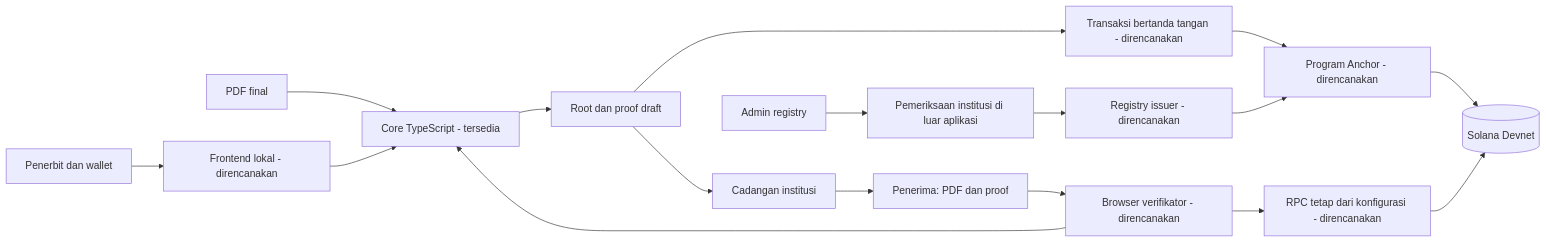
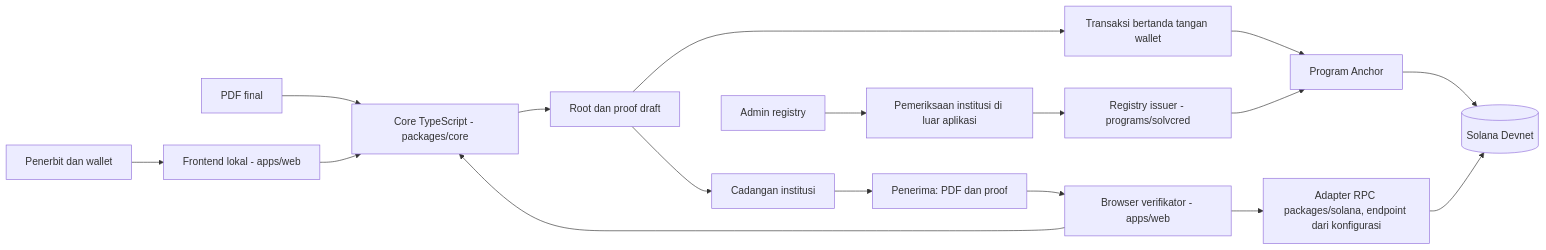
The first of 5 diagrams in docs/architecture.md (BangkitTheGreat/solvcred), drawn with Mermaid before and after one commit. The commit also changed other lines of this file and 66 other files, not shown here.

First line of the commit message:
Add Rust proofs, Anchor program, RPC adapter, and web app

````diff
--- a/docs/architecture.md
+++ b/docs/architecture.md
@@ -7,19 +7,19 @@
 ```mermaid
 flowchart LR
   Admin[Admin registry] --> Vet[Pemeriksaan institusi di luar aplikasi]
-  Vet --> Registry[Registry issuer - direncanakan]
-  Issuer[Penerbit dan wallet] --> Browser[Frontend lokal - direncanakan]
-  PDF[PDF final] --> Core[Core TypeScript - tersedia]
+  Vet --> Registry[Registry issuer - programs/solvcred]
+  Issuer[Penerbit dan wallet] --> Browser[Frontend lokal - apps/web]
+  PDF[PDF final] --> Core[Core TypeScript - packages/core]
   Browser --> Core
   Core --> Draft[Root dan proof draft]
   Draft --> Backup[Cadangan institusi]
-  Draft --> Tx[Transaksi bertanda tangan - direncanakan]
-  Tx --> Program[Program Anchor - direncanakan]
+  Draft --> Tx[Transaksi bertanda tangan wallet]
+  Tx --> Program[Program Anchor]
   Registry --> Program
   Program --> Chain[(Solana Devnet)]
   Backup --> Holder[Penerima: PDF dan proof]
-  Holder --> Verifier[Browser verifikator - direncanakan]
+  Holder --> Verifier[Browser verifikator - apps/web]
   Verifier --> Core
-  Verifier --> RPC[RPC tetap dari konfigurasi - direncanakan]
+  Verifier --> RPC[Adapter RPC packages/solana, endpoint dari konfigurasi]
   RPC --> Chain
 ```
````
